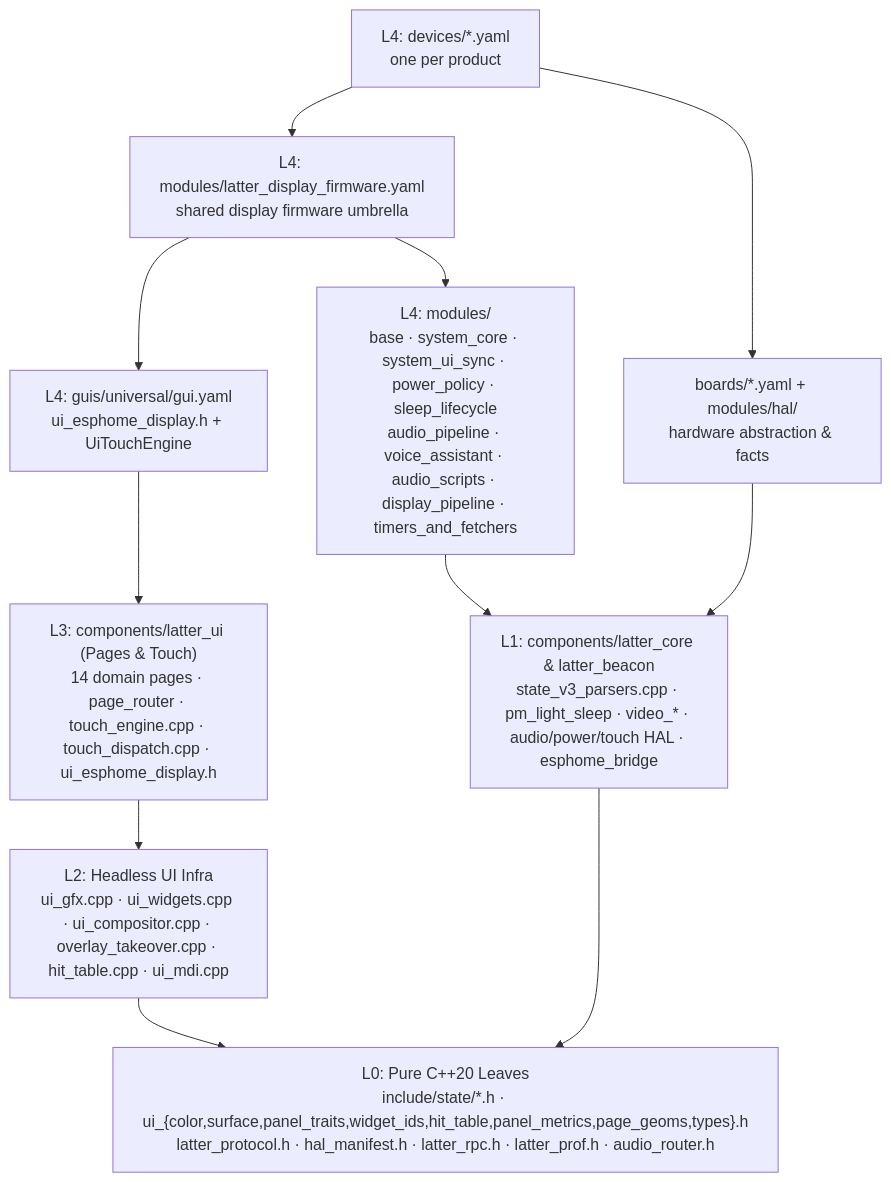
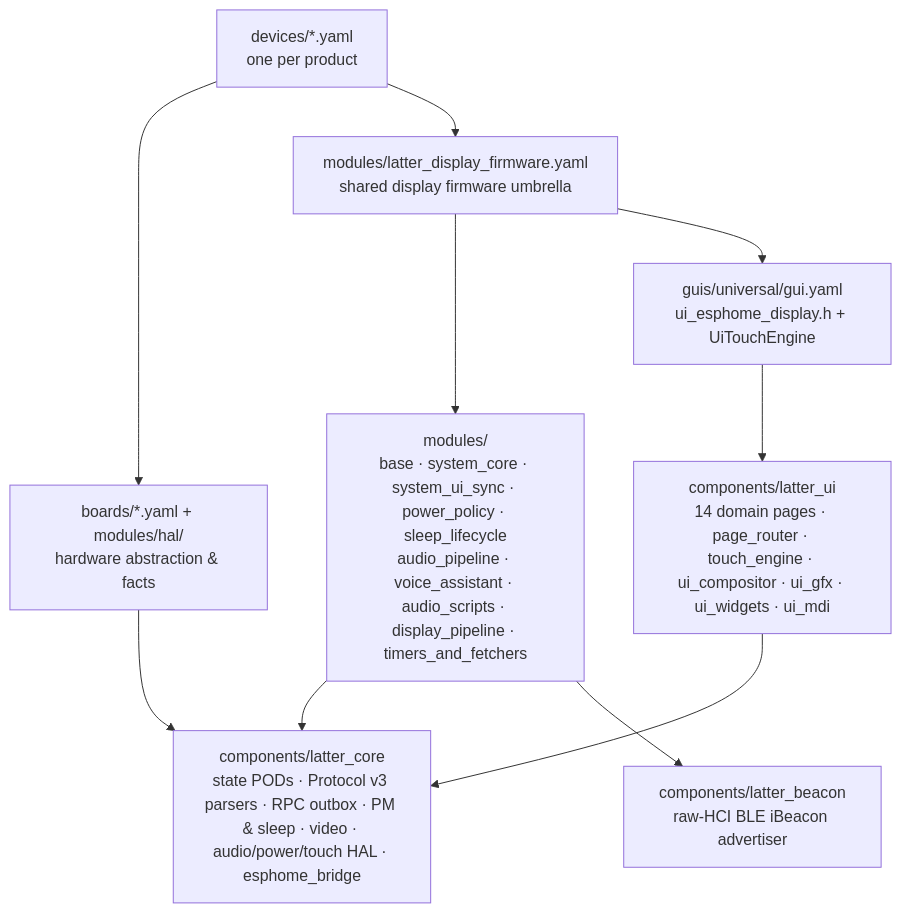
The diagram in docs/architecture.md (slampton/esphome-latter-core), drawn with Mermaid before and after one commit. The commit also changed other lines of this file and 52 other files, not shown here.

````diff
--- a/docs/architecture.md
+++ b/docs/architecture.md
@@ -5,13 +5,12 @@
 ```mermaid
 flowchart TD
-    D["L4: devices/*.yaml<br/>one per product"] --> B["boards/*.yaml + modules/hal/<br/>hardware abstraction & facts"]
-    D --> U["L4: modules/latter_display_firmware.yaml<br/>shared display firmware umbrella"]
-    U --> M["L4: modules/<br/>base · system_core · system_ui_sync · power_policy · sleep_lifecycle<br/>audio_pipeline · voice_assistant · audio_scripts · display_pipeline · timers_and_fetchers"]
-    U --> G["L4: guis/universal/gui.yaml<br/>ui_esphome_display.h + UiTouchEngine"]
-    G --> CUI3["L3: components/latter_ui (Pages & Touch)<br/>14 domain pages · page_router · touch_engine.cpp · touch_dispatch.cpp · ui_esphome_display.h"]
-    CUI3 --> CUI2["L2: Headless UI Infra<br/>ui_gfx.cpp · ui_widgets.cpp · ui_compositor.cpp · overlay_takeover.cpp · hit_table.cpp · ui_mdi.cpp"]
-    M --> CC["L1: components/latter_core & latter_beacon<br/>state_v3_parsers.cpp · pm_light_sleep · video_* · audio/power/touch HAL · esphome_bridge"]
+    D["devices/*.yaml<br/>one per product"] --> B["boards/*.yaml + modules/hal/<br/>hardware abstraction & facts"]
+    D --> U["modules/latter_display_firmware.yaml<br/>shared display firmware umbrella"]
+    U --> M["modules/<br/>base · system_core · system_ui_sync · power_policy · sleep_lifecycle<br/>audio_pipeline · voice_assistant · audio_scripts · display_pipeline · timers_and_fetchers"]
+    U --> G["guis/universal/gui.yaml<br/>ui_esphome_display.h + UiTouchEngine"]
+    G --> CUI["components/latter_ui<br/>14 domain pages · page_router · touch_engine · ui_compositor · ui_gfx · ui_widgets · ui_mdi"]
+    M --> CC["components/latter_core<br/>state PODs · Protocol v3 parsers · RPC outbox · PM & sleep · video · audio/power/touch HAL · esphome_bridge"]
+    M --> CB["components/latter_beacon<br/>raw-HCI BLE iBeacon advertiser"]
     B --> CC
-    CUI2 --> L0["L0: Pure C++20 Leaves<br/>include/state/*.h · ui_{color,surface,panel_traits,widget_ids,hit_table,panel_metrics,page_geoms,types}.h<br/>latter_protocol.h · hal_manifest.h · latter_rpc.h · latter_prof.h · audio_router.h"]
-    CC --> L0
+    CUI --> CC
 ```
````
